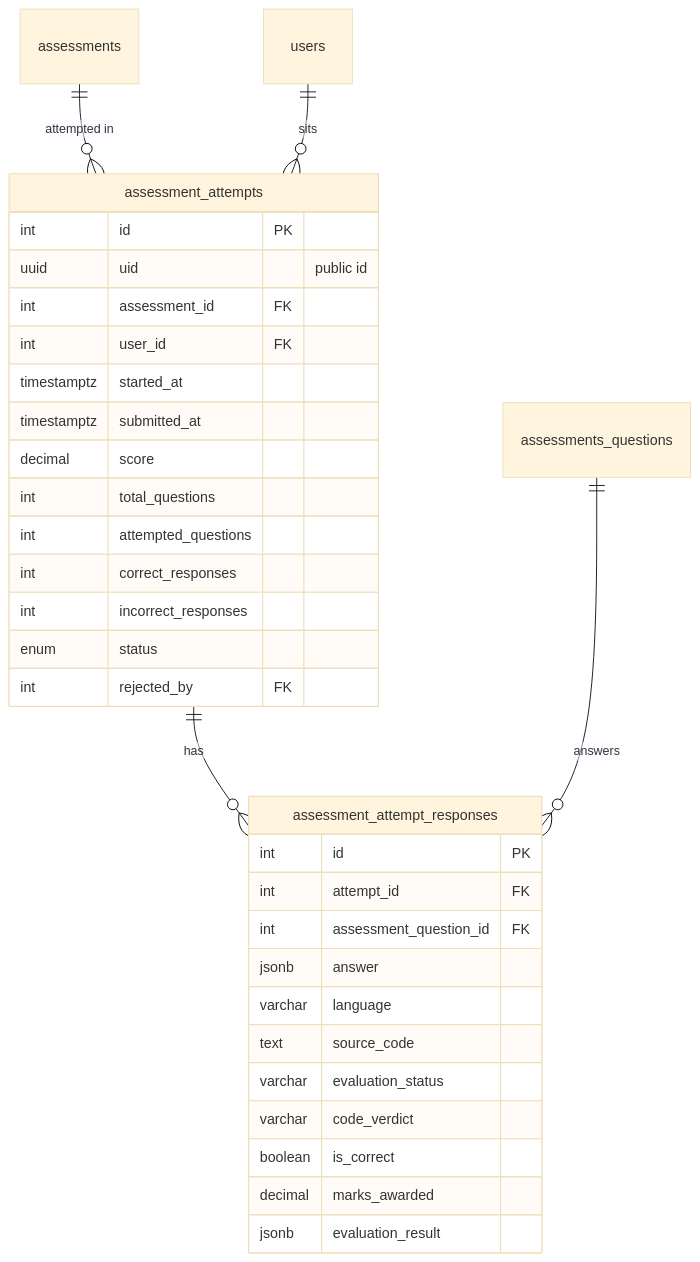
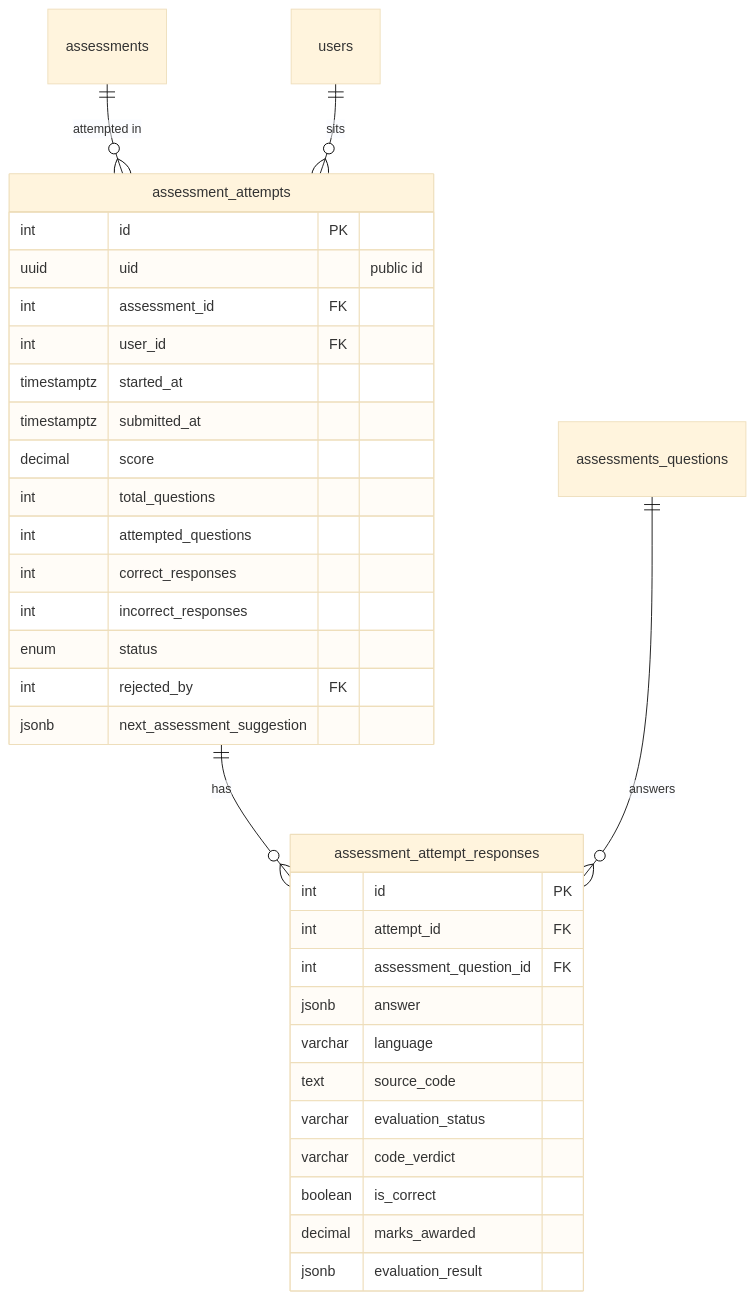
The seventh of 15 diagrams in docs/erd.md (sharma-dikshant/TestFlow-Docs), drawn with Mermaid (base theme) before and after one commit. The commit also changed other lines of this file and 4 other files, not shown here.

Commit message:
feat: add ai assessment suggestion docs

````diff
--- a/docs/erd.md
+++ b/docs/erd.md
@@ -722,35 +722,36 @@
 ```mermaid
 erDiagram
     assessment_attempts {
         int id PK
         uuid uid "public id"
         int assessment_id FK
         int user_id FK
         timestamptz started_at
         timestamptz submitted_at
         decimal score
         int total_questions
         int attempted_questions
         int correct_responses
         int incorrect_responses
         enum status
         int rejected_by FK
+        jsonb next_assessment_suggestion
     }
     assessment_attempt_responses {
         int id PK
         int attempt_id FK
         int assessment_question_id FK
         jsonb answer
         varchar language
         text source_code
         varchar evaluation_status
         varchar code_verdict
         boolean is_correct
         decimal marks_awarded
         jsonb evaluation_result
     }
     assessments ||--o{ assessment_attempts : "attempted in"
     users ||--o{ assessment_attempts : "sits"
     assessment_attempts ||--o{ assessment_attempt_responses : "has"
     assessments_questions ||--o{ assessment_attempt_responses : "answers"
 ```
````
